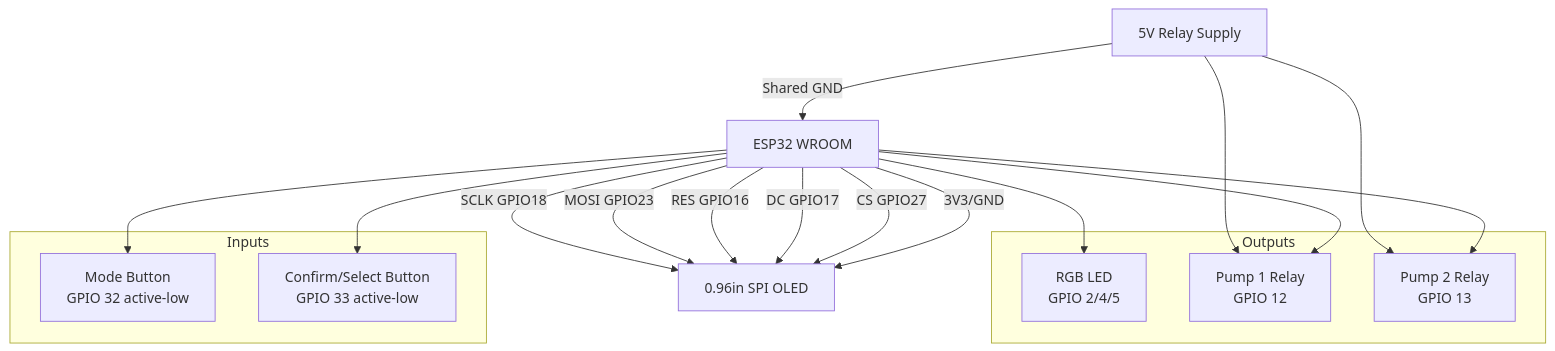
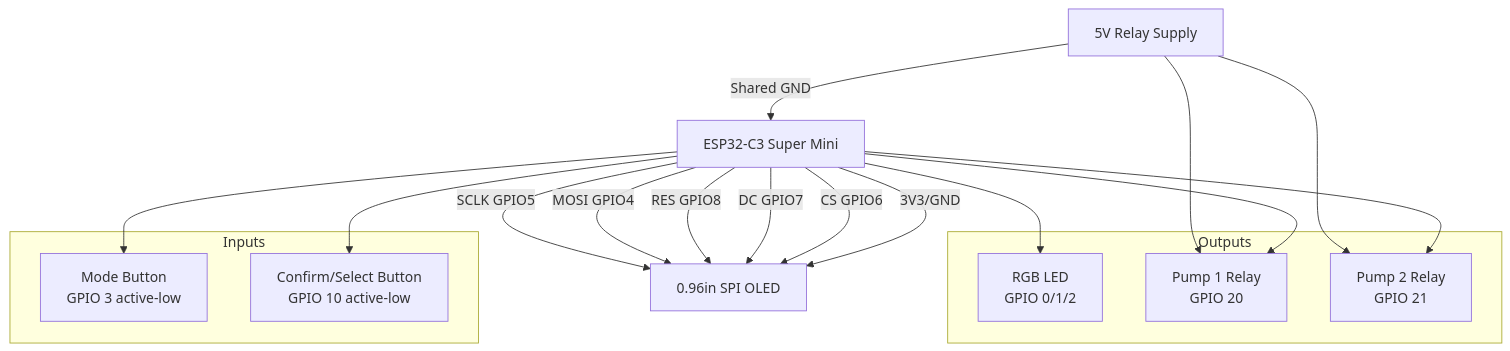
Before and after one commit to julian-labuschagne/bio-bubbler: the first of 4 diagrams in CIRCUIT_DIAGRAMS.md, drawn with Mermaid. The commit also changed other lines of this file and 4 other files, not shown here.

First line of the commit message:
Update docs for ESP32-C3 Super Mini GPIO pin mapping

````diff
--- a/CIRCUIT_DIAGRAMS.md
+++ b/CIRCUIT_DIAGRAMS.md
@@ -7,34 +7,34 @@
 ```mermaid
 graph TD
     PSU["5V Relay Supply"]
-    ESP["ESP32 WROOM"]
+    ESP["ESP32-C3 Super Mini"]
     OLED["0.96in SPI OLED"]
 
     subgraph Outputs
-        LED["RGB LED\nGPIO 2/4/5"]
-        REL1["Pump 1 Relay\nGPIO 12"]
-        REL2["Pump 2 Relay\nGPIO 13"]
+        LED["RGB LED\nGPIO 0/1/2"]
+        REL1["Pump 1 Relay\nGPIO 20"]
+        REL2["Pump 2 Relay\nGPIO 21"]
     end
 
     subgraph Inputs
-        BTN_MODE["Mode Button\nGPIO 32 active-low"]
-        BTN_CONFIRM["Confirm/Select Button\nGPIO 33 active-low"]
+        BTN_MODE["Mode Button\nGPIO 3 active-low"]
+        BTN_CONFIRM["Confirm/Select Button\nGPIO 10 active-low"]
     end
 
     PSU --> REL1
     PSU --> REL2
     PSU -->|Shared GND| ESP
 
     ESP --> LED
     ESP --> REL1
     ESP --> REL2
     ESP --> BTN_MODE
     ESP --> BTN_CONFIRM
 
-    ESP -->|SCLK GPIO18| OLED
-    ESP -->|MOSI GPIO23| OLED
-    ESP -->|RES GPIO16| OLED
-    ESP -->|DC GPIO17| OLED
-    ESP -->|CS GPIO27| OLED
+    ESP -->|SCLK GPIO5| OLED
+    ESP -->|MOSI GPIO4| OLED
+    ESP -->|RES GPIO8| OLED
+    ESP -->|DC GPIO7| OLED
+    ESP -->|CS GPIO6| OLED
     ESP -->|3V3/GND| OLED
 ```
````
